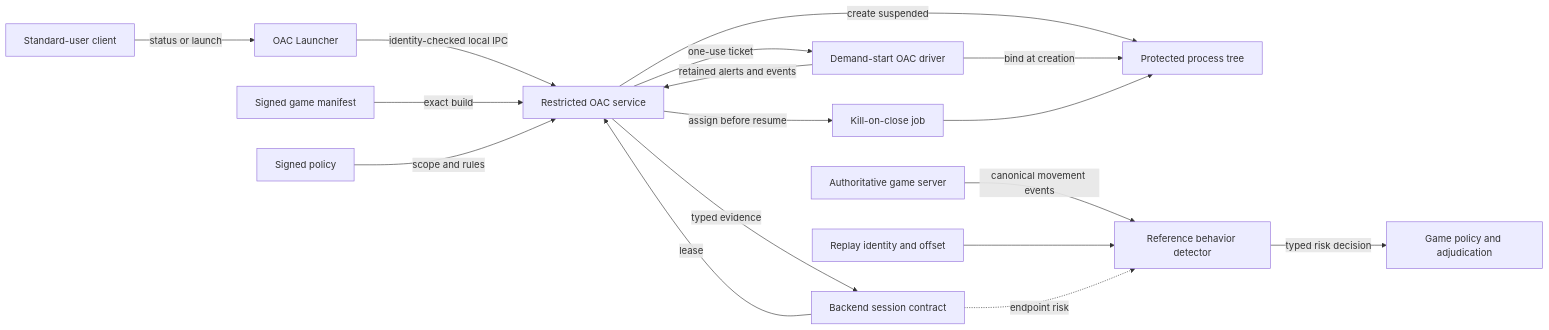
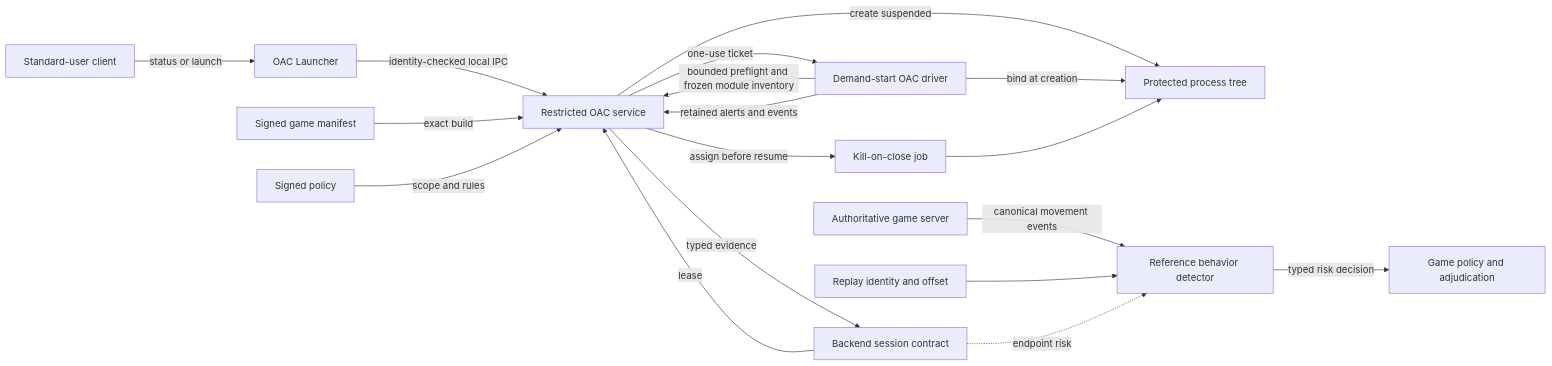
Before and after one commit to lauralex/OAC: the diagram in README.md, drawn with Mermaid. The commit also changed other lines of this file and 60 other files, not shown here.

````diff
--- a/README.md
+++ b/README.md
@@ -38,19 +38,20 @@
 ```mermaid
 flowchart LR
     Player["Standard-user client"] -->|"status or launch"| Launcher["OAC Launcher"]
     Launcher -->|"identity-checked local IPC"| Service["Restricted OAC service"]
     Manifest["Signed game manifest"] -->|"exact build"| Service
     Policy["Signed policy"] -->|"scope and rules"| Service
     Backend["Backend session contract"] -->|"lease"| Service
     Service -->|"typed evidence"| Backend
     Service -->|"one-use ticket"| Driver["Demand-start OAC driver"]
+    Driver -->|"bounded preflight and frozen module inventory"| Service
     Service -->|"create suspended"| Target["Protected process tree"]
     Driver -->|"bind at creation"| Target
     Service -->|"assign before resume"| Job["Kill-on-close job"]
     Job --> Target
     Driver -->|"retained alerts and events"| Service
     Game["Authoritative game server"] -->|"canonical movement events"| Detector["Reference behavior detector"]
     Replay["Replay identity and offset"] --> Detector
     Backend -.->|"endpoint risk"| Detector
     Detector -->|"typed risk decision"| GamePolicy["Game policy and adjudication"]
 ```
````
